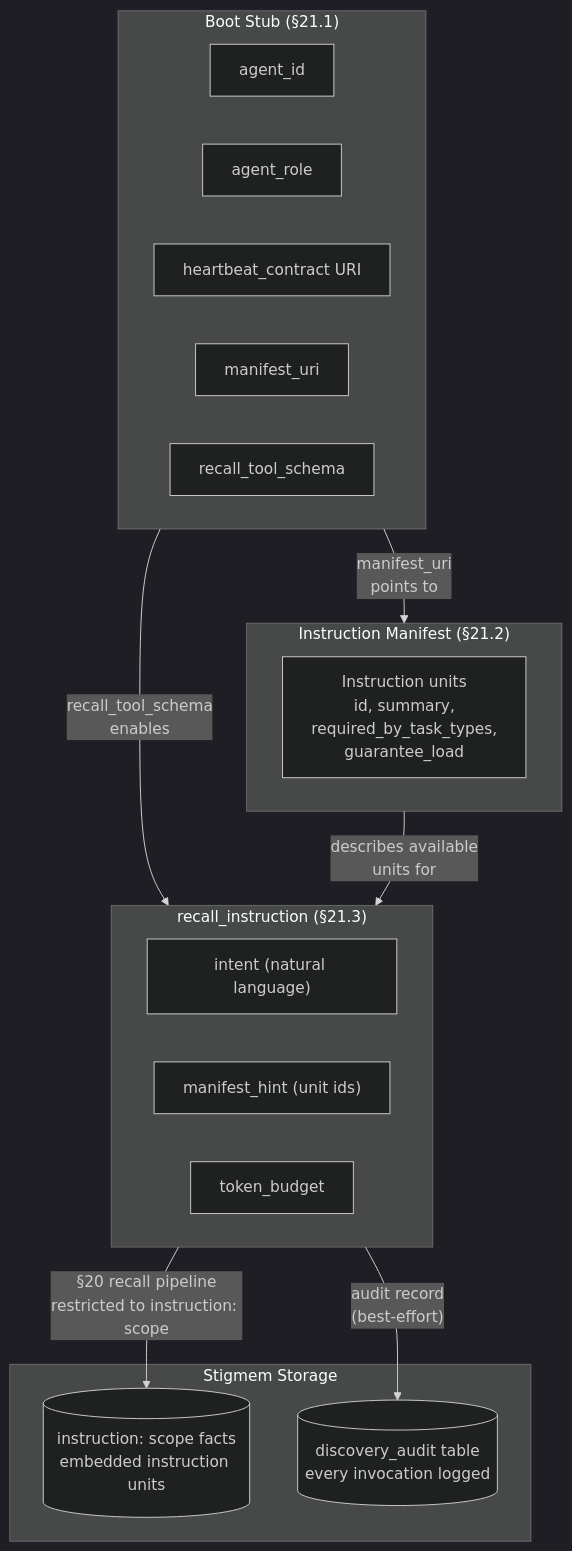
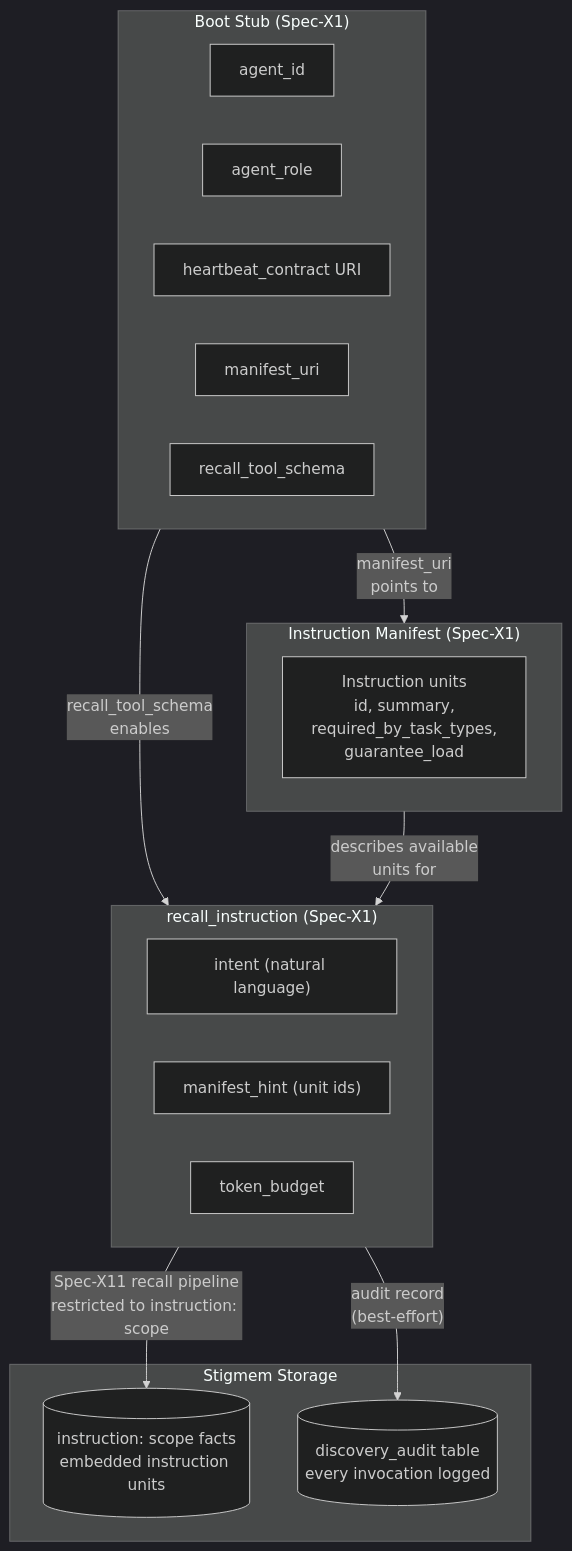
Before and after one commit to eidetic-labs/stigmem: the second of 2 diagrams in docs/docs/reference/architecture/lazy-instruction-boot.md, drawn with Mermaid (dark theme). The commit also changed other lines of this file and 19 other files, not shown here.

````diff
--- a/docs/docs/reference/architecture/lazy-instruction-boot.md
+++ b/docs/docs/reference/architecture/lazy-instruction-boot.md
@@ -48,31 +48,31 @@
 ```mermaid
 graph TB
-    subgraph BootStub["Boot Stub (§21.1)"]
+    subgraph BootStub["Boot Stub (Spec-X1)"]
         BS_ID["agent_id"]
         BS_Role["agent_role"]
         BS_HC["heartbeat_contract URI"]
         BS_Manifest["manifest_uri"]
         BS_Schema["recall_tool_schema"]
     end
 
-    subgraph Manifest["Instruction Manifest (§21.2)"]
+    subgraph Manifest["Instruction Manifest (Spec-X1)"]
         M_Units["Instruction units\nid, summary,\nrequired_by_task_types,\nguarantee_load"]
     end
 
-    subgraph RecallTool["recall_instruction (§21.3)"]
+    subgraph RecallTool["recall_instruction (Spec-X1)"]
         RT_Intent["intent (natural language)"]
         RT_Hint["manifest_hint (unit ids)"]
         RT_Budget["token_budget"]
     end
 
     subgraph Storage["Stigmem Storage"]
         Facts[("instruction: scope facts\nembedded instruction units")]
         Audit[("discovery_audit table\nevery invocation logged")]
     end
 
     BootStub -- "manifest_uri\npoints to" --> Manifest
     BootStub -- "recall_tool_schema\nenables" --> RecallTool
     Manifest -- "describes available\nunits for" --> RecallTool
-    RecallTool -- "§20 recall pipeline\nrestricted to instruction: scope" --> Facts
+    RecallTool -- "Spec-X11 recall pipeline\nrestricted to instruction: scope" --> Facts
     RecallTool -- "audit record\n(best-effort)" --> Audit
 ```
````
